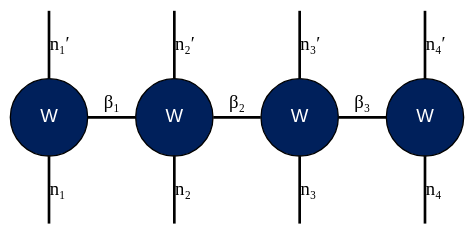
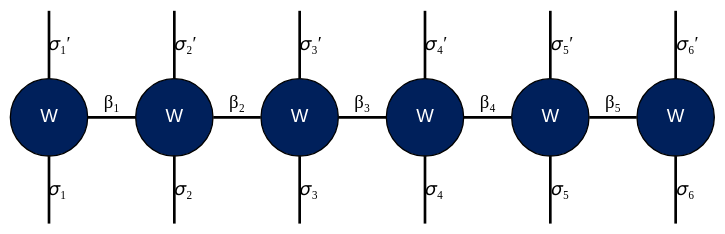
Before and after one commit to KenHino/tn-diagram: the diagram in graphviz/mpo.dot, drawn with Graphviz. The commit also changed 5 other files, not shown here.

```diff
--- a/graphviz/mpo.dot
+++ b/graphviz/mpo.dot
@@ -1,39 +1,51 @@
 digraph MPO {
   rankdir=TD;
   bgcolor=transparent;
   node [shape=circle style=filled, width=0.8, height=0.8, fontname="Arial"];
   edge [fontname="Arial Italic", penwidth=2.0];
 
   W1 [label="W" fillcolor="#00205b" fontcolor="white"]; // 濃紺
   W2 [label="W" fillcolor="#00205b" fontcolor="white"]; // 濃紺
   W3 [label="W" fillcolor="#00205b" fontcolor="white"]; // 濃紺
   W4 [label="W" fillcolor="#00205b" fontcolor="white"]; // 濃紺
+  W5 [label="W" fillcolor="#00205b" fontcolor="white"]; // 濃紺
+  W6 [label="W" fillcolor="#00205b" fontcolor="white"]; // 濃紺
 
   W1_ket [label="" width=0 style=invis];
   W2_ket [label="" width=0 style=invis];
   W3_ket [label="" width=0 style=invis];
   W4_ket [label="" width=0 style=invis];
+  W5_ket [label="" width=0 style=invis];
+  W6_ket [label="" width=0 style=invis];
 
   W1_bra [label="" width=0 style=invis];
   W2_bra [label="" width=0 style=invis];
   W3_bra [label="" width=0 style=invis];
   W4_bra [label="" width=0 style=invis];
+  W5_bra [label="" width=0 style=invis];
+  W6_bra [label="" width=0 style=invis];
 
-  W1_bra -> W1 [label="n₁′" arrowhead=none];
-  W2_bra -> W2 [label="n₂′" arrowhead=none];
-  W3_bra -> W3 [label="n₃′" arrowhead=none];
-  W4_bra-> W4 [label="n₄′" arrowhead=none];
+  W1_bra -> W1 [label="𝜎₁′" arrowhead=none];
+  W2_bra -> W2 [label="𝜎₂′" arrowhead=none];
+  W3_bra -> W3 [label="𝜎₃′" arrowhead=none];
+  W4_bra-> W4 [label="𝜎₄′" arrowhead=none];
+  W5_bra -> W5 [label="𝜎₅′" arrowhead=none];
+  W6_bra -> W6 [label="𝜎₆′" arrowhead=none];
 
   W1 -> W2 [label="β₁" arrowhead=none];
   W2 -> W3 [label="β₂" arrowhead=none];
   W3 -> W4 [label="β₃" arrowhead=none];
+  W4 -> W5 [label="β₄" arrowhead=none];
+  W5 -> W6 [label="β₅" arrowhead=none];
 
-  W1 -> W1_ket [label="n₁" arrowhead=none];
-  W2 -> W2_ket [label="n₂" arrowhead=none];
-  W3 -> W3_ket [label="n₃" arrowhead=none];
-  W4 -> W4_ket [label="n₄" arrowhead=none];
+  W1 -> W1_ket [label="𝜎₁" arrowhead=none];
+  W2 -> W2_ket [label="𝜎₂" arrowhead=none];
+  W3 -> W3_ket [label="𝜎₃" arrowhead=none];
+  W4 -> W4_ket [label="𝜎₄" arrowhead=none];
+  W5 -> W5_ket [label="𝜎₅" arrowhead=none];
+  W6 -> W6_ket [label="𝜎₆" arrowhead=none];
 
-  {rank=same; W1_bra; W2_bra; W3_bra; W4_bra;}
-  {rank=same; W1; W2; W3; W4;}
-  {rank=same; W1_ket; W2_ket; W3_ket; W4_ket;}
+  {rank=same; W1_bra; W2_bra; W3_bra; W4_bra; W5_bra; W6_bra;}
+  {rank=same; W1; W2; W3; W4; W5; W6;}
+  {rank=same; W1_ket; W2_ket; W3_ket; W4_ket; W5_ket; W6_ket;}
 }
```
